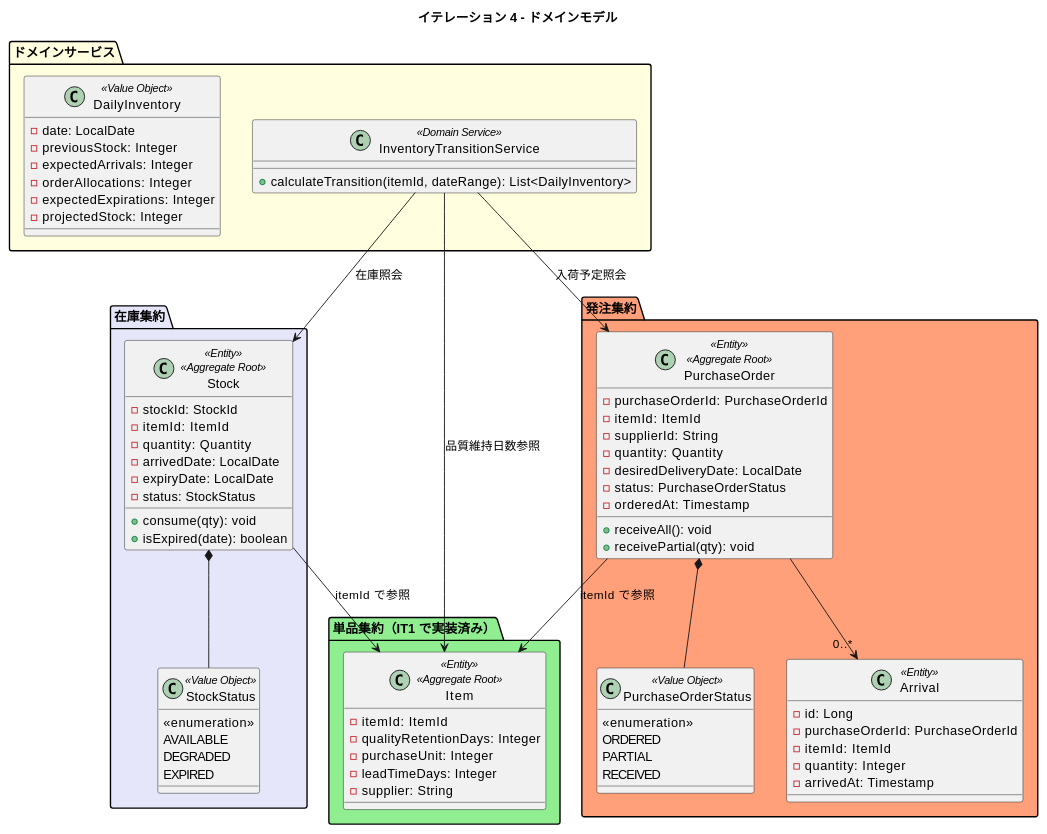
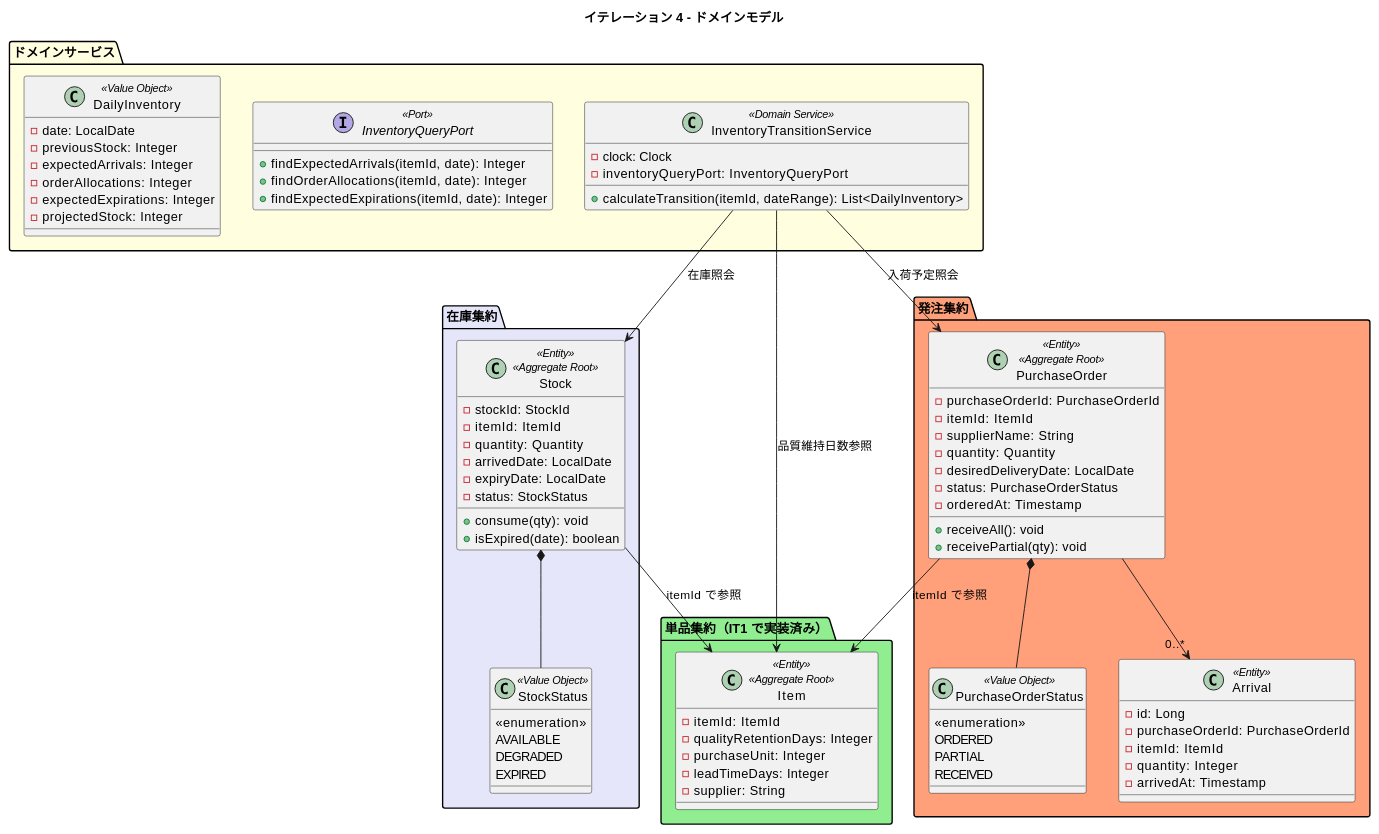
One commit to k2works/case-study-sdd-development changed the third of 4 diagrams in docs/development/iteration_plan-4.md. Above: the diagram before and after it, drawn with PlantUML. The commit also changed other lines of this file, not shown here.

```diff
--- a/docs/development/iteration_plan-4.md
+++ b/docs/development/iteration_plan-4.md
@@ -251,7 +246,7 @@
   class PurchaseOrder <<Entity>> <<Aggregate Root>> {
     - purchaseOrderId: PurchaseOrderId
     - itemId: ItemId
-    - supplierId: String
+    - supplierName: String
     - quantity: Quantity
     - desiredDeliveryDate: LocalDate
     - status: PurchaseOrderStatus
@@ -278,7 +273,15 @@
 
 package "ドメインサービス" #lightyellow {
   class InventoryTransitionService <<Domain Service>> {
+    - clock: Clock
+    - inventoryQueryPort: InventoryQueryPort
     + calculateTransition(itemId, dateRange): List<DailyInventory>
+  }
+
+  interface InventoryQueryPort <<Port>> {
+    + findExpectedArrivals(itemId, date): Integer
+    + findOrderAllocations(itemId, date): Integer
+    + findExpectedExpirations(itemId, date): Integer
   }
 
   class DailyInventory <<Value Object>> {
```
